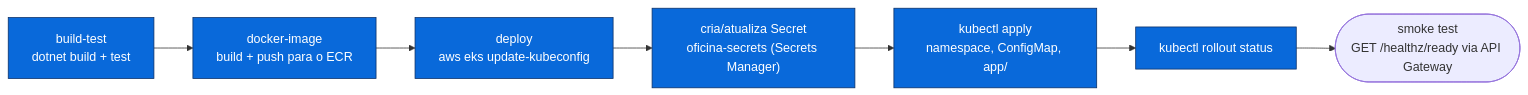
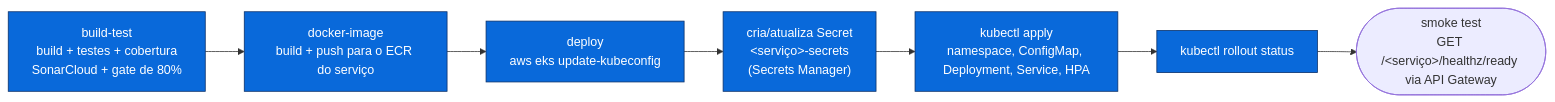
Before and after one commit to gabrielMauad/oficina-mecanica-app: the second of 2 diagrams in docs/arquitetura/diagramas/fluxo-deploy.md, drawn with Mermaid. The commit also changed other lines of this file and 31 other files, not shown here.

````diff
--- a/docs/arquitetura/diagramas/fluxo-deploy.md
+++ b/docs/arquitetura/diagramas/fluxo-deploy.md
@@ -38,12 +53,12 @@
 ```mermaid
 flowchart LR
-    a["build-test<br/>dotnet build + test"] --> b["docker-image<br/>build + push para o ECR"]
+    a["build-test<br/>build + testes + cobertura<br/>SonarCloud + gate de 80%"] --> b["docker-image<br/>build + push para o ECR do serviço"]
     b --> c["deploy<br/>aws eks update-kubeconfig"]
-    c --> d["cria/atualiza Secret<br/>oficina-secrets (Secrets Manager)"]
-    d --> e["kubectl apply<br/>namespace, ConfigMap, app/"]
+    c --> d["cria/atualiza Secret<br/>&lt;serviço&gt;-secrets<br/>(Secrets Manager)"]
+    d --> e["kubectl apply<br/>namespace, ConfigMap, Deployment, Service, HPA"]
     e --> f["kubectl rollout status"]
-    f --> g(["smoke test<br/>GET /healthz/ready via API Gateway"])
+    f --> g(["smoke test<br/>GET /&lt;serviço&gt;/healthz/ready via API Gateway"])
 
     classDef step fill:#0969da,stroke:#0a3069,color:#fff
     class a,b,c,d,e,f step
 ```
````
